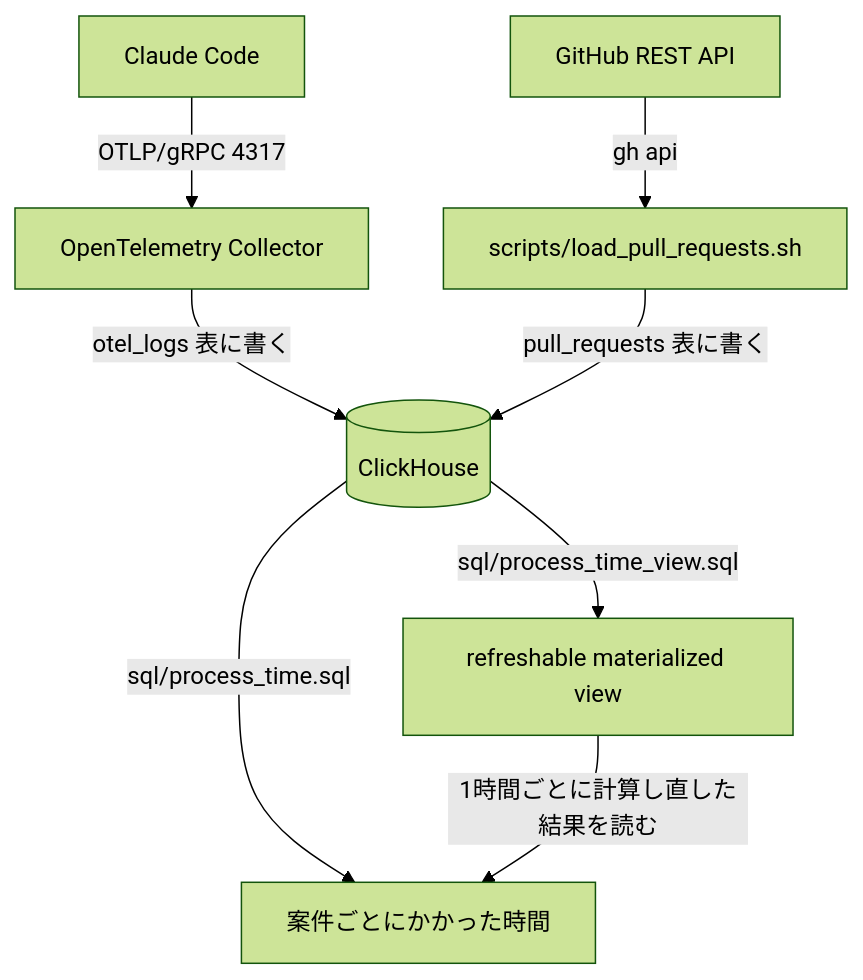
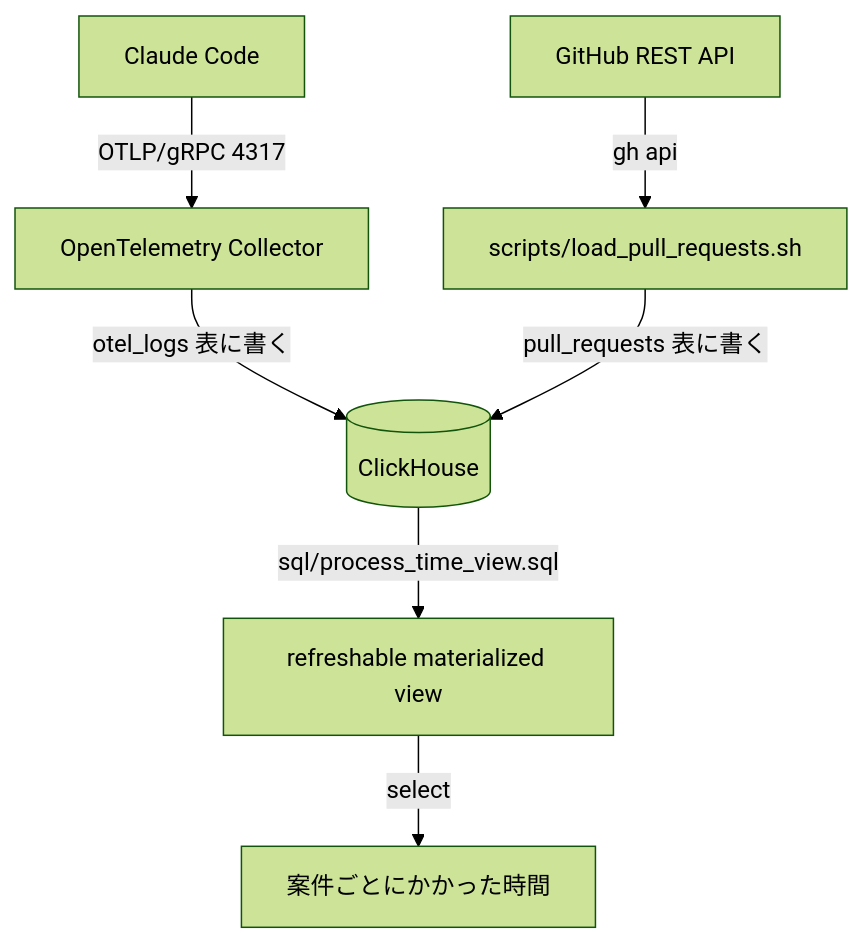
One commit to kimurash/process-time-clickhouse-platform changed the diagram in README.md. Above: the diagram before and after it, drawn with Mermaid (forest theme). The commit also changed other lines of this file and 1 other file, not shown here.

Commit message:
process_time.sql を消し、集計は refreshable materialized view だけにする

````diff
--- a/README.md
+++ b/README.md
@@ -7,10 +7,9 @@
 ```mermaid
 flowchart TB
   claude[Claude Code] -- OTLP/gRPC 4317 --> collector[OpenTelemetry Collector]
   collector -- otel_logs 表に書く --> db[(ClickHouse)]
   github[GitHub REST API] -- gh api --> script[scripts/load_pull_requests.sh]
   script -- pull_requests 表に書く --> db
-  db -- sql/process_time.sql --> result[案件ごとにかかった時間]
   db -- sql/process_time_view.sql --> view[refreshable materialized view]
-  view -- 1時間ごとに計算し直した結果を読む --> result
+  view -- select --> result[案件ごとにかかった時間]
 ```
````
